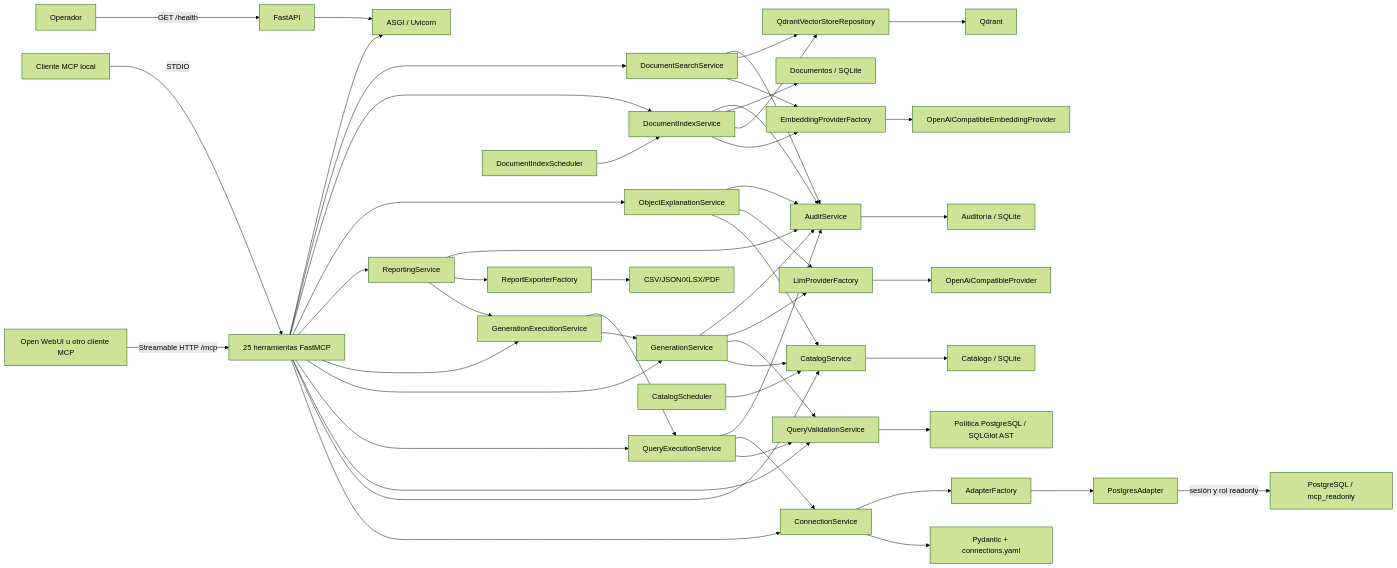
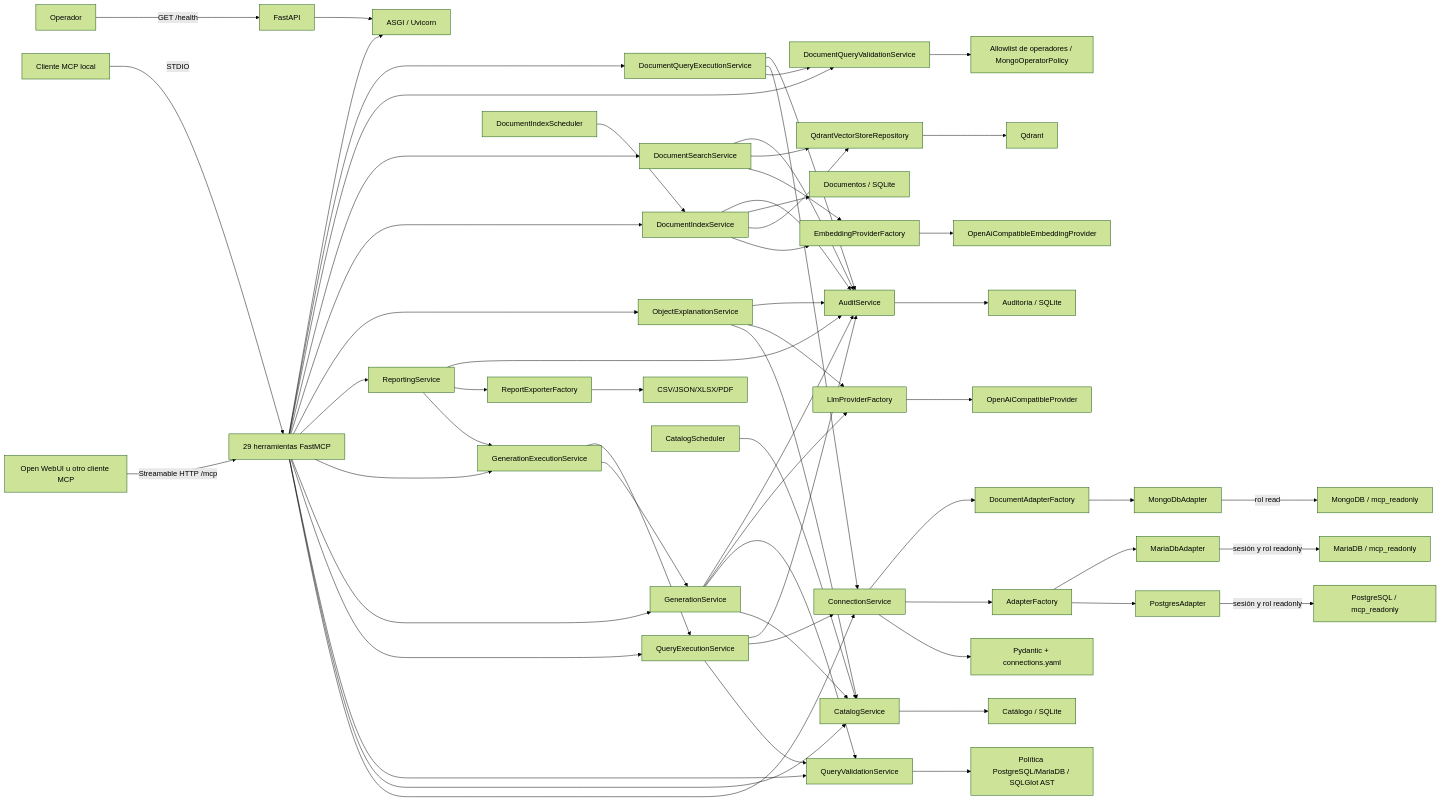
Before and after one commit to 1franky/data-analits-MCP: the first of 2 diagrams in docs/architecture.md, drawn with Mermaid (forest theme). The commit also changed other lines of this file and 65 other files, not shown here.

First line of the commit message:
feat: implement sprint 9 MariaDB and MongoDB adapters

````diff
--- a/docs/architecture.md
+++ b/docs/architecture.md
@@ -42,53 +47,64 @@
 ```mermaid
 flowchart LR
-    NetworkClient["Open WebUI u otro cliente MCP"] -->|"Streamable HTTP /mcp"| Tools["25 herramientas FastMCP"]
+    NetworkClient["Open WebUI u otro cliente MCP"] -->|"Streamable HTTP /mcp"| Tools["29 herramientas FastMCP"]
     LocalClient["Cliente MCP local"] -->|"STDIO"| Tools
     Operator["Operador"] -->|"GET /health"| API["FastAPI"]
     Tools --> CS["ConnectionService"]
     Tools --> Cat["CatalogService"]
     Tools --> Validator["QueryValidationService"]
     Tools --> Executor["QueryExecutionService"]
     Tools --> Gen["GenerationService"]
     Tools --> GenExec["GenerationExecutionService"]
     Tools --> Report["ReportingService"]
     Tools --> ObjExp["ObjectExplanationService"]
     Tools --> DocIndex["DocumentIndexService"]
     Tools --> DocSearch["DocumentSearchService"]
+    Tools --> MongoValidator["DocumentQueryValidationService"]
+    Tools --> MongoExecutor["DocumentQueryExecutionService"]
     Executor --> Validator
     Executor --> CS
+    MongoExecutor --> MongoValidator
+    MongoExecutor --> CS
     GenExec --> Gen
     GenExec --> Executor
     Report --> GenExec
     Report --> ExpFactory["ReportExporterFactory"]
     ExpFactory --> Exporters["CSV/JSON/XLSX/PDF"]
     Gen --> Cat
     Gen --> Validator
     Gen --> LlmFactory["LlmProviderFactory"]
     ObjExp --> Cat
     ObjExp --> LlmFactory
     LlmFactory --> LlmProvider["OpenAiCompatibleProvider"]
     DocIndex --> EmbFactory["EmbeddingProviderFactory"]
     DocSearch --> EmbFactory
     EmbFactory --> EmbProvider["OpenAiCompatibleEmbeddingProvider"]
     DocIndex --> VectorStore["QdrantVectorStoreRepository"]
     DocSearch --> VectorStore
     DocIndex --> DocDB["Documentos / SQLite"]
     VectorStore --> Qdrant["Qdrant"]
     CS --> Config["Pydantic + connections.yaml"]
     CS --> Factory["AdapterFactory"]
     Factory --> PG["PostgresAdapter"]
+    Factory --> MDB["MariaDbAdapter"]
     PG -->|"sesión y rol readonly"| DB["PostgreSQL / mcp_readonly"]
+    MDB -->|"sesión y rol readonly"| MariaDB["MariaDB / mcp_readonly"]
+    CS --> DocFactory["DocumentAdapterFactory"]
+    DocFactory --> MongoAdapter["MongoDbAdapter"]
+    MongoAdapter -->|"rol read"| Mongo["MongoDB / mcp_readonly"]
     Cat --> CatalogDB["Catálogo / SQLite"]
     Executor --> Audit["AuditService"]
     Gen --> Audit
     Report --> Audit
     ObjExp --> Audit
     DocIndex --> Audit
     DocSearch --> Audit
-    Validator --> Policy["Política PostgreSQL / SQLGlot AST"]
+    MongoExecutor --> Audit
+    Validator --> Policy["Política PostgreSQL/MariaDB / SQLGlot AST"]
+    MongoValidator --> MongoPolicy["Allowlist de operadores / MongoOperatorPolicy"]
     Audit --> AuditDB["Auditoría / SQLite"]
     Scheduler["CatalogScheduler"] --> Cat
     DocScheduler["DocumentIndexScheduler"] --> DocIndex
     API --> ASGI["ASGI / Uvicorn"]
     Tools --> ASGI
 ```
````
